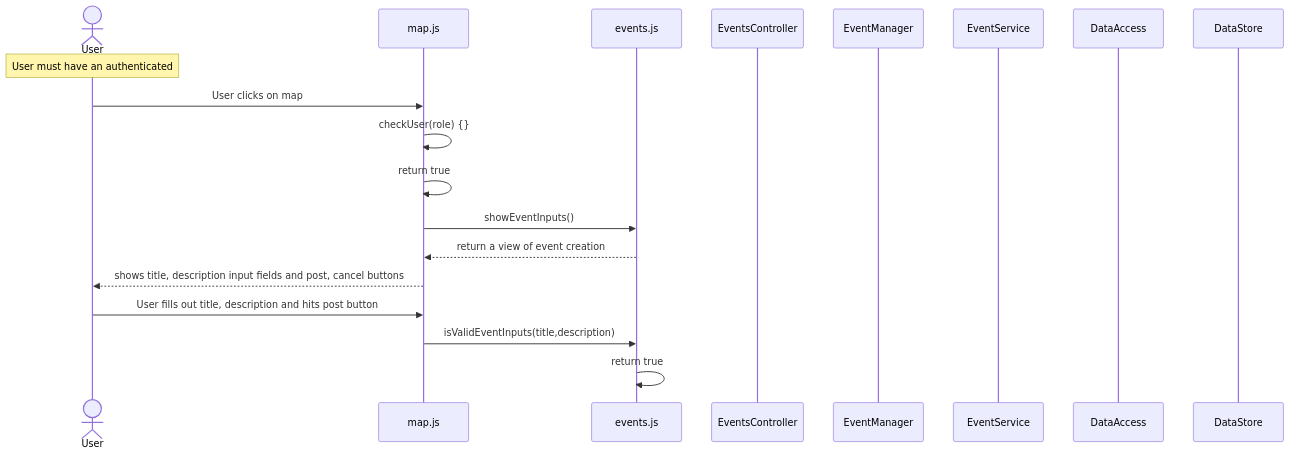
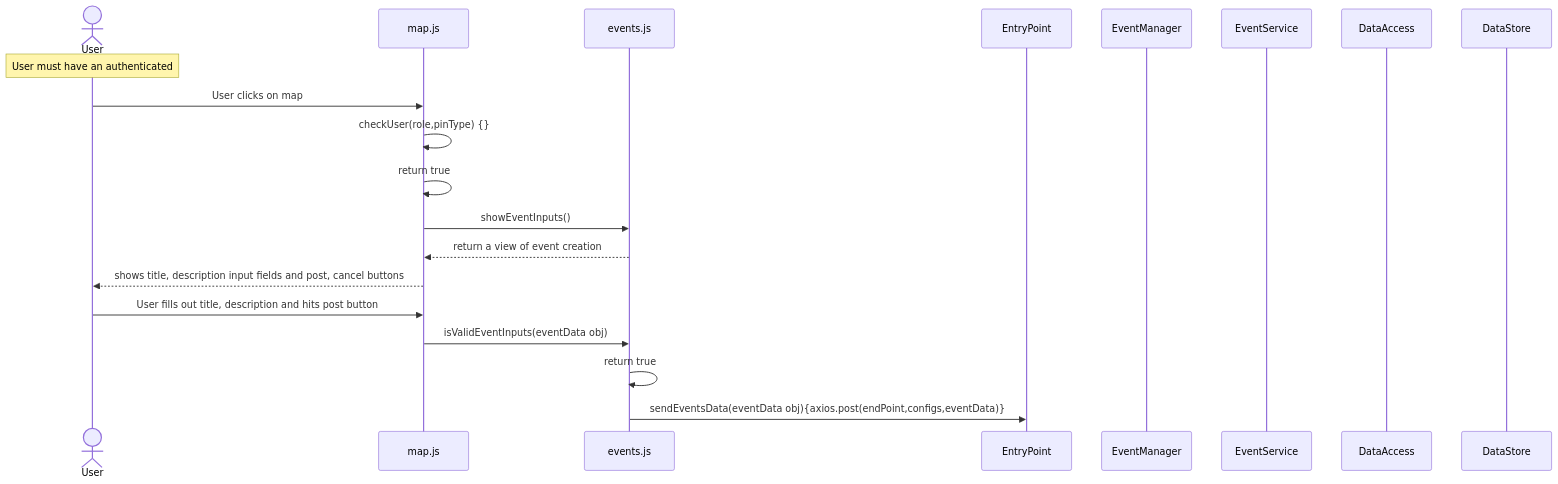
The diagram in events/event-creation-success.md (JosephArmas/cecs-491A-Team-Big-Data), drawn with Mermaid before and after one commit.

Commit message:
Event creation in progress

````diff
--- a/events/event-creation-success.md
+++ b/events/event-creation-success.md
@@ -2,25 +2,33 @@
 ```mermaid
 sequenceDiagram
     actor User
     participant map.js
     participant events.js
-    participant EventsController
+    participant EntryPoint
     participant EventManager
     participant EventService
     participant DataAccess
     participant DataStore
     note over User: User must have an authenticated 
     User->>map.js: User clicks on map
-    map.js->>map.js: checkUser(role) {} 
+    map.js->>map.js: checkUser(role,pinType) {} 
     map.js->>map.js: return true
     map.js->>events.js: showEventInputs()
     events.js-->>map.js: return a view of event creation 
     map.js-->>User: shows title, description input fields and post, cancel buttons 
     User ->> map.js: User fills out title, description and hits post button 
-    map.js ->> events.js: isValidEventInputs(title,description)
+    map.js ->> events.js: isValidEventInputs(eventData obj)
     events.js->>events.js: return true
+    events.js->>EntryPoint: sendEventsData(eventData obj){axios.post(endPoint,configs,eventData)}
+
+
+
+    
+
+
+    
     
 
 
 
 ```
````
